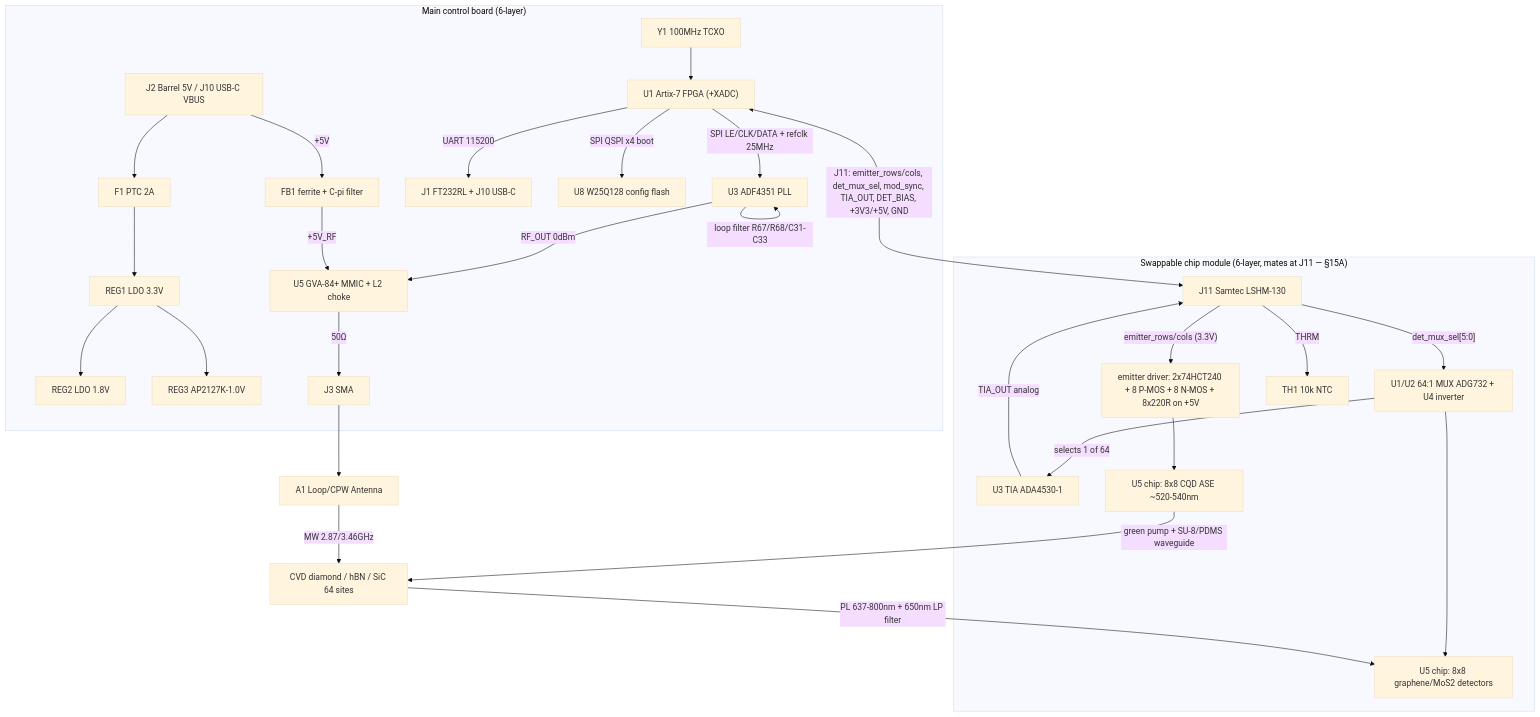
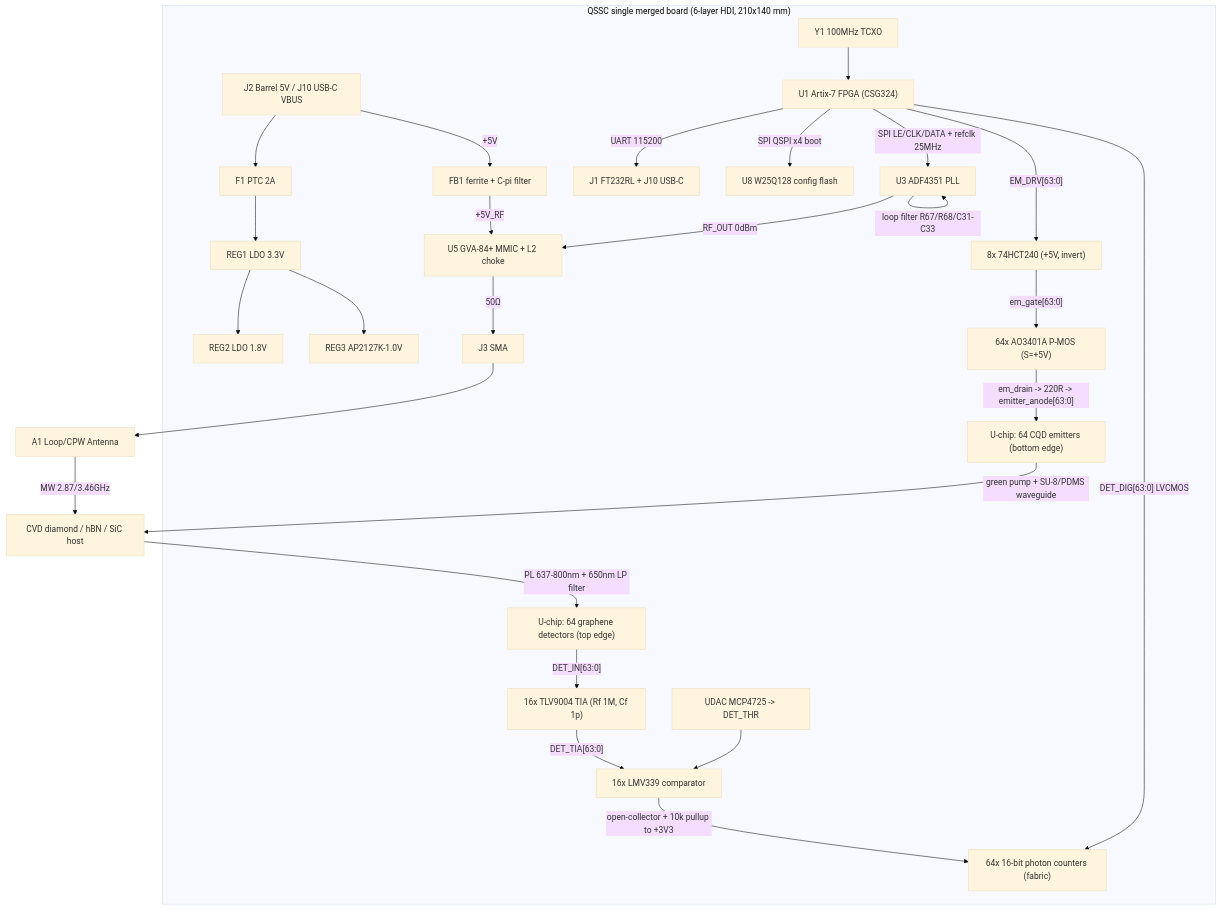
Before and after one commit to VABISMO/QSSC: the first of 2 diagrams in hardware/HARDWARE_DESIGN.md, drawn with Mermaid (base theme). The commit also changed other lines of this file and 15 other files, not shown here.

````diff
--- a/hardware/HARDWARE_DESIGN.md
+++ b/hardware/HARDWARE_DESIGN.md
@@ -81,31 +99,29 @@
 ```mermaid
 flowchart TD
-    subgraph Main["Main control board (6-layer)"]
+    subgraph Board["QSSC single merged board (6-layer HDI, 210x140 mm)"]
         J2["J2 Barrel 5V / J10 USB-C VBUS"] --> F1["F1 PTC 2A"] --> REG1["REG1 LDO 3.3V"]
         REG1 --> REG2["REG2 LDO 1.8V"]
         REG1 --> REG3["REG3 AP2127K-1.0V"]
         J2 -->|"+5V"| FB1["FB1 ferrite + C-pi filter"]
-        Y1["Y1 100MHz TCXO"] --> U1["U1 Artix-7 FPGA (+XADC)"]
+        Y1["Y1 100MHz TCXO"] --> U1["U1 Artix-7 FPGA (CSG324)"]
         U1 -->|"UART 115200"| J1["J1 FT232RL + J10 USB-C"]
         U1 -->|"SPI QSPI x4 boot"| W25["U8 W25Q128 config flash"]
         U1 -->|"SPI LE/CLK/DATA + refclk 25MHz"| U3["U3 ADF4351 PLL"]
         U3 -->|"loop filter R67/R68/C31-C33"| U3
         U3 -->|"RF_OUT 0dBm"| U5["U5 GVA-84+ MMIC + L2 choke"]
         FB1 -->|"+5V_RF"| U5
         U5 -->|"50Ω"| J3["J3 SMA"]
+        U1 -->|"EM_DRV[63:0]"| BUF["8x 74HCT240 (+5V, invert)"]
+        BUF -->|"em_gate[63:0]"| MOS["64x AO3401A P-MOS (S=+5V)"]
+        MOS -->|"em_drain -> 220R -> emitter_anode[63:0]"| CHIP_EM["U-chip: 64 CQD emitters (bottom edge)"]
+        U1 -->|"DET_DIG[63:0] LVCMOS"| CNT["64x 16-bit photon counters (fabric)"]
+        DET["U-chip: 64 graphene detectors (top edge)"] -->|"DET_IN[63:0]"| TIA["16x TLV9004 TIA (Rf 1M, Cf 1p)"]
+        TIA -->|"DET_TIA[63:0]"| CMP["16x LMV339 comparator"]
+        DAC["UDAC MCP4725 -> DET_THR"] --> CMP
+        CMP -->|"open-collector + 10k pullup to +3V3"| CNT
     end
-    subgraph MOD["Swappable chip module (6-layer, mates at J11 — §15A)"]
-        J11["J11 Samtec LSHM-130"] -->|"det_mux_sel[5:0]"| MUX["U1/U2 64:1 MUX ADG732 + U4 inverter"]
-        MUX -->|"selects 1 of 64"| TIA["U3 TIA ADA4530-1"]
-        TIA -->|"TIA_OUT analog"| J11
-        MUX --> DET["U5 chip: 8x8 graphene/MoS2 detectors"]
-        J11 -->|"emitter_rows/cols (3.3V)"| DRV["emitter driver: 2x74HCT240 + 8 P-MOS + 8 N-MOS + 8x220R on +5V"]
-        DRV --> EM["U5 chip: 8x8 CQD ASE ~520-540nm"]
-        J11 -->|"THRM"| NTC["TH1 10k NTC"]
-    end
-    U1 <-->|"J11: emitter_rows/cols, det_mux_sel, mod_sync, TIA_OUT, DET_BIAS, +3V3/+5V, GND"| J11
     J3 --> A1["A1 Loop/CPW Antenna"]
-    A1 -->|"MW 2.87/3.46GHz"| Sub["CVD diamond / hBN / SiC 64 sites"]
-    EM -->|"green pump + SU-8/PDMS waveguide"| Sub
+    A1 -->|"MW 2.87/3.46GHz"| Sub["CVD diamond / hBN / SiC host"]
+    CHIP_EM -->|"green pump + SU-8/PDMS waveguide"| Sub
     Sub -->|"PL 637-800nm + 650nm LP filter"| DET
 ```
````
